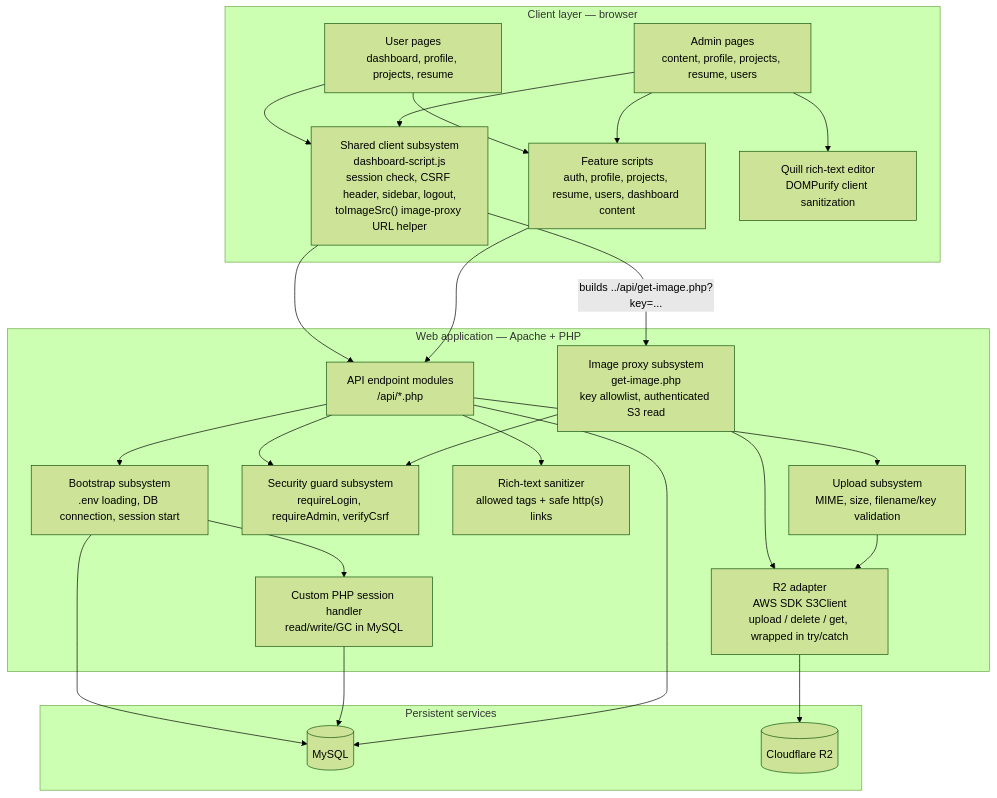
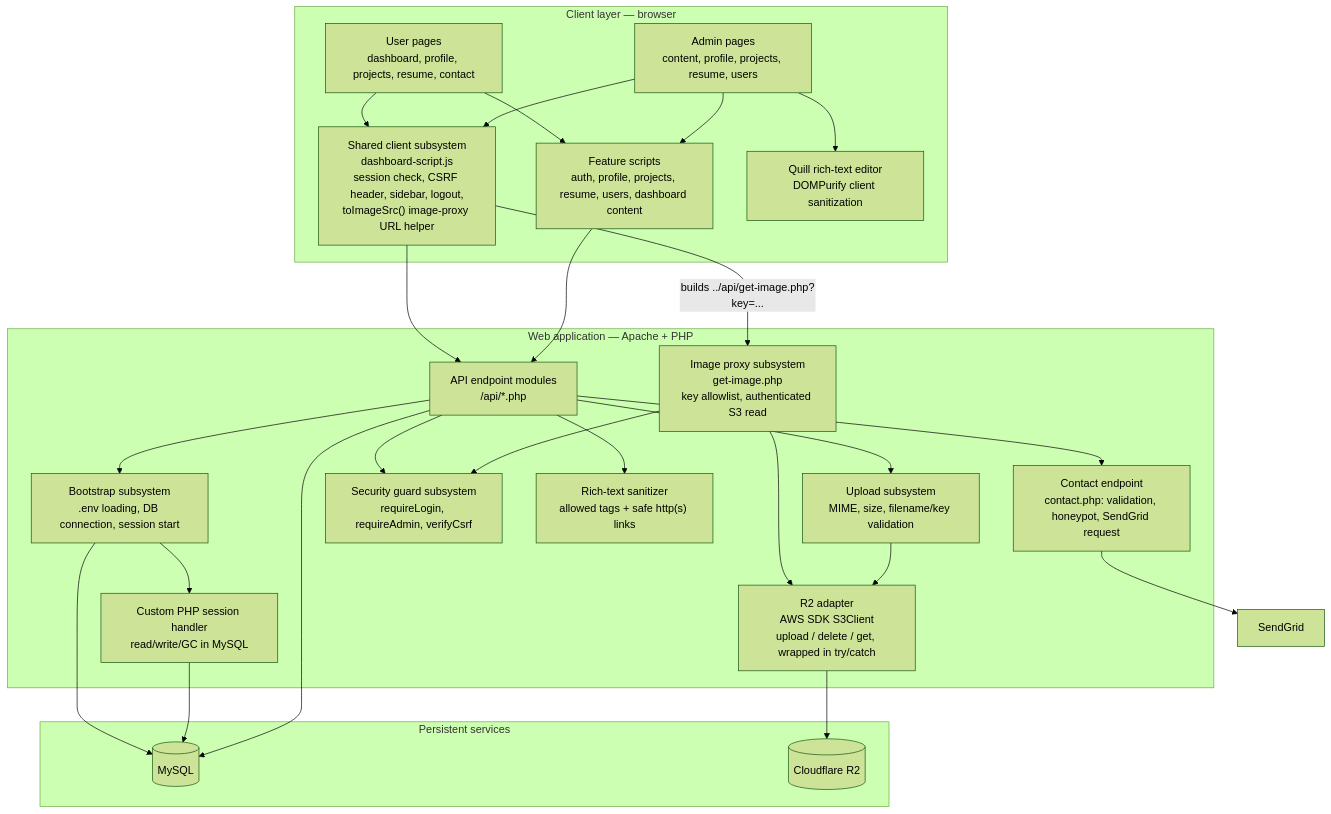
One commit to IntianDayor/login-dashboard-project changed the second of 7 diagrams in SYSTEM_ARCHITECTURE.md. Above: the diagram before and after it, drawn with Mermaid (forest theme). The commit also changed other lines of this file and 1 other file, not shown here.

````diff
--- a/SYSTEM_ARCHITECTURE.md
+++ b/SYSTEM_ARCHITECTURE.md
@@ -34,47 +36,50 @@
 ```mermaid
 flowchart TB
     subgraph Client["Client layer — browser"]
-        Public["User pages\ndashboard, profile, projects, resume"]
+        Public["User pages\ndashboard, profile, projects, resume, contact"]
         AdminUI["Admin pages\ncontent, profile, projects, resume, users"]
         SharedJS["Shared client subsystem\ndashboard-script.js\nsession check, CSRF header, sidebar, logout,\ntoImageSrc() image-proxy URL helper"]
         FeatureJS["Feature scripts\nauth, profile, projects, resume, users, dashboard content"]
         Editors["Quill rich-text editor\nDOMPurify client sanitization"]
     end
 
     subgraph App["Web application — Apache + PHP"]
         Endpoints["API endpoint modules\n/api/*.php"]
+        Contact["Contact endpoint\ncontact.php: validation, honeypot, SendGrid request"]
         Bootstrap["Bootstrap subsystem\n.env loading, DB connection, session start"]
         Guard["Security guard subsystem\nrequireLogin, requireAdmin, verifyCsrf"]
         Sanitizer["Rich-text sanitizer\nallowed tags + safe http(s) links"]
         Upload["Upload subsystem\nMIME, size, filename/key validation"]
         ImageProxy["Image proxy subsystem\nget-image.php\nkey allowlist, authenticated S3 read"]
         R2Adapter["R2 adapter\nAWS SDK S3Client\nupload / delete / get, wrapped in try/catch"]
         SessionHandler["Custom PHP session handler\nread/write/GC in MySQL"]
     end
 
     subgraph Persistence["Persistent services"]
         MySQL[("MySQL")]
         R2[("Cloudflare R2")]
     end
 
     Public --> SharedJS
     AdminUI --> SharedJS
     AdminUI --> Editors
     Public --> FeatureJS
     AdminUI --> FeatureJS
     SharedJS --> Endpoints
     FeatureJS --> Endpoints
     SharedJS -->|"builds ../api/get-image.php?key=..."| ImageProxy
     Endpoints --> Bootstrap
     Endpoints --> Guard
     Endpoints --> Sanitizer
     Endpoints --> Upload
     ImageProxy --> Guard
     ImageProxy --> R2Adapter
     Bootstrap --> SessionHandler
     Bootstrap --> MySQL
     SessionHandler --> MySQL
     Upload --> R2Adapter
     R2Adapter --> R2
     Endpoints --> MySQL
+    Endpoints --> Contact
+    Contact --> SendGrid
 ```
````
